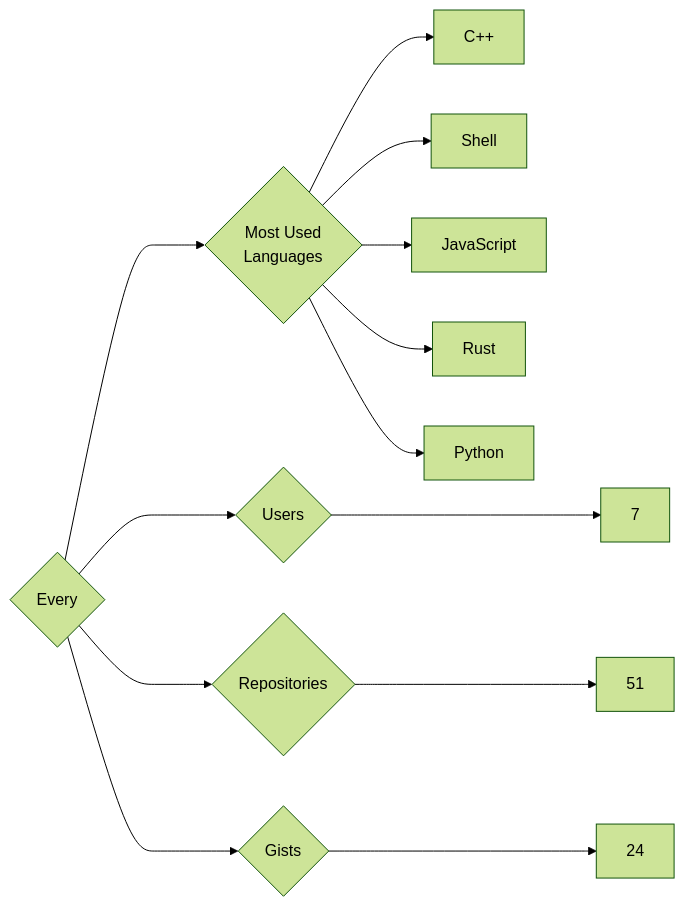
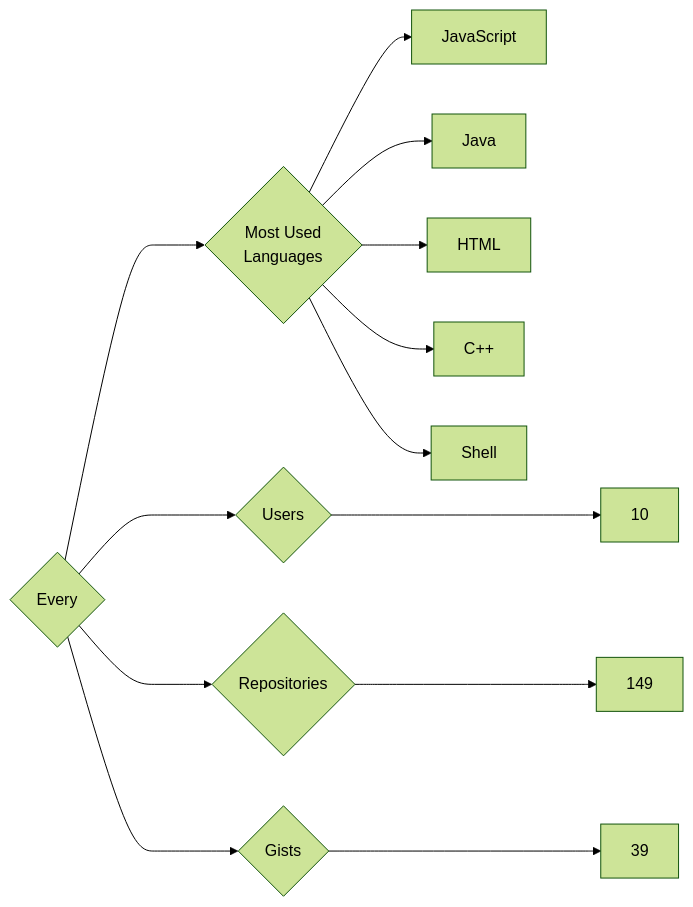
One commit to trickest/insiders changed the diagram in targets/Every/README.md. Above: the diagram before and after it, drawn with Mermaid (forest theme). The commit also changed 1084 other files, not shown here.

````diff
--- a/targets/Every/README.md
+++ b/targets/Every/README.md
@@ -3,13 +3,13 @@
 ```mermaid
 graph LR
 COMPANY_NAME{Every}
-COMPANY_NAME ---> U{Users} ---> UN[7]
-COMPANY_NAME ---> R{Repositories} ---> RN[51]
-COMPANY_NAME ---> G{Gists} ---> GN[24]
+COMPANY_NAME ---> U{Users} ---> UN[10]
+COMPANY_NAME ---> R{Repositories} ---> RN[149]
+COMPANY_NAME ---> G{Gists} ---> GN[39]
 COMPANY_NAME ---> ML{Most Used<br>Languages}
+ML --> JavaScript[JavaScript]
+ML --> Java[Java]
+ML --> HTML[HTML]
 ML --> C++[C++]
 ML --> Shell[Shell]
-ML --> JavaScript[JavaScript]
-ML --> Rust[Rust]
-ML --> Python[Python]
 ```
````
